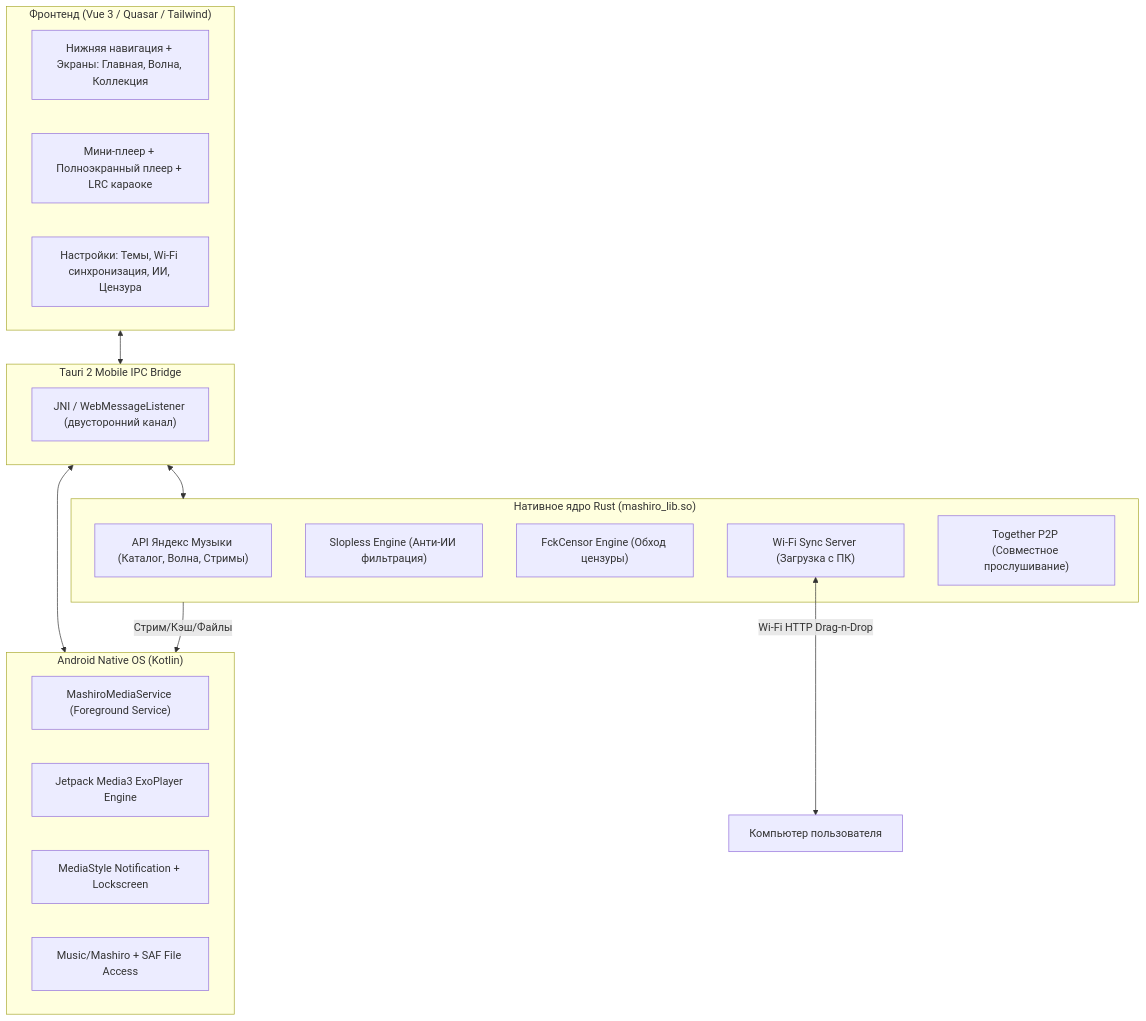
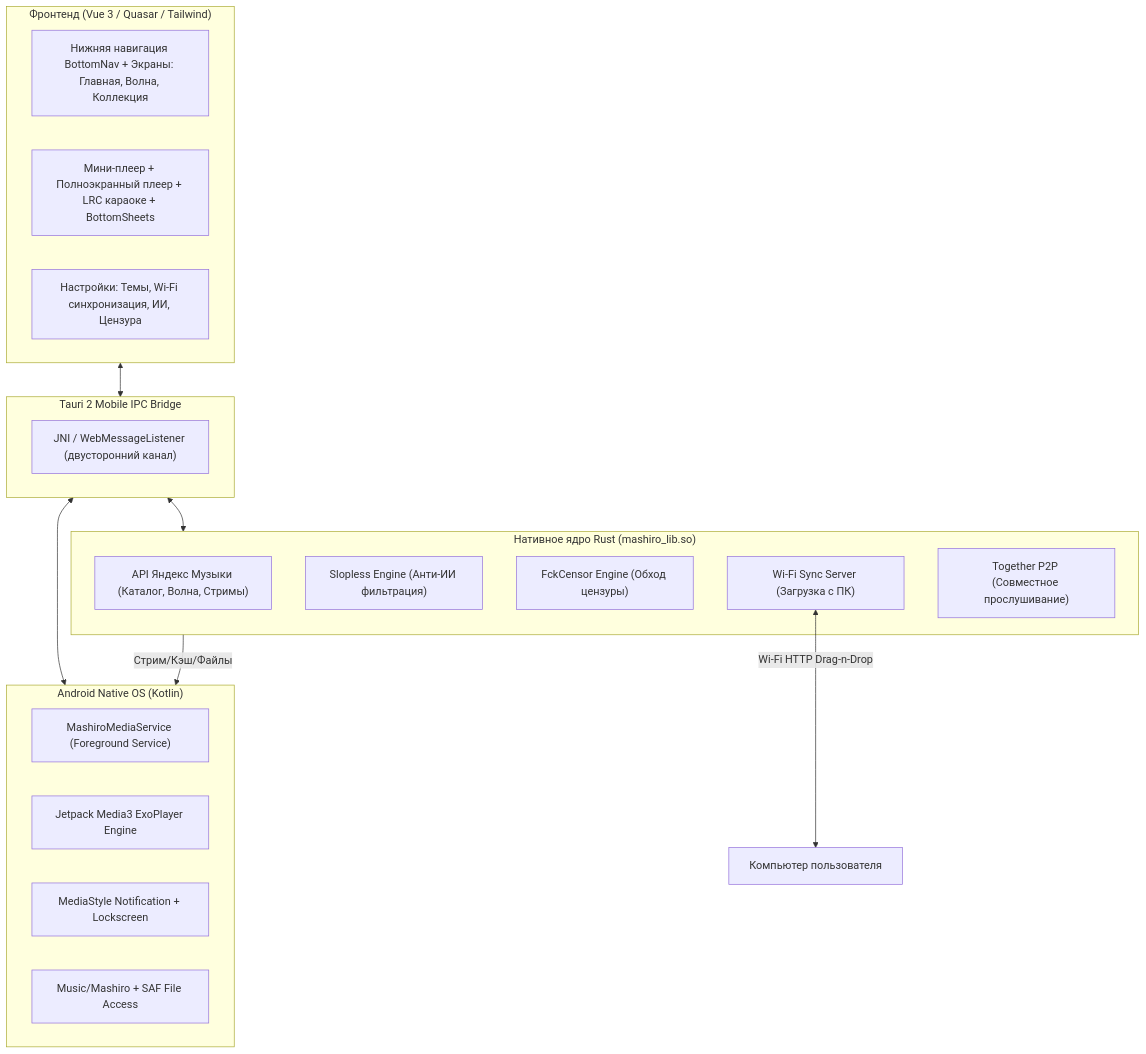
The diagram in README.md (stipic159/mashiro-android), drawn with Mermaid before and after one commit. The commit also changed other lines of this file and 35 other files, not shown here.

````diff
--- a/README.md
+++ b/README.md
@@ -36,33 +40,33 @@
 ```mermaid
 graph TD
     subgraph UI ["Фронтенд (Vue 3 / Quasar / Tailwind)"]
-        Nav["Нижняя навигация + Экраны: Главная, Волна, Коллекция"]
-        PlayerUI["Мини-плеер + Полноэкранный плеер + LRC караоке"]
+        Nav["Нижняя навигация BottomNav + Экраны: Главная, Волна, Коллекция"]
+        PlayerUI["Мини-плеер + Полноэкранный плеер + LRC караоке + BottomSheets"]
         SettingsUI["Настройки: Темы, Wi-Fi синхронизация, ИИ, Цензура"]
     end
 
     subgraph IPC ["Tauri 2 Mobile IPC Bridge"]
         Bridge["JNI / WebMessageListener (двусторонний канал)"]
     end
 
     subgraph RustCore ["Нативное ядро Rust (mashiro_lib.so)"]
         YandexAPI["API Яндекс Музыки (Каталог, Волна, Стримы)"]
         Slopless["Slopless Engine (Анти-ИИ фильтрация)"]
         FckCensor["FckCensor Engine (Обход цензуры)"]
         WiFiServer["Wi-Fi Sync Server (Загрузка с ПК)"]
         Together["Together P2P (Совместное прослушивание)"]
     end
 
     subgraph AndroidNative ["Android Native OS (Kotlin)"]
         Service["MashiroMediaService (Foreground Service)"]
         ExoPlayer["Jetpack Media3 ExoPlayer Engine"]
         Notification["MediaStyle Notification + Lockscreen"]
         Storage["Music/Mashiro + SAF File Access"]
     end
 
     UI <--> IPC
     IPC <--> RustCore
     IPC <--> AndroidNative
     RustCore -->|Стрим/Кэш/Файлы| AndroidNative
     WiFiServer <-->|Wi-Fi HTTP Drag-n-Drop| PC["Компьютер пользователя"]
 ```
````
